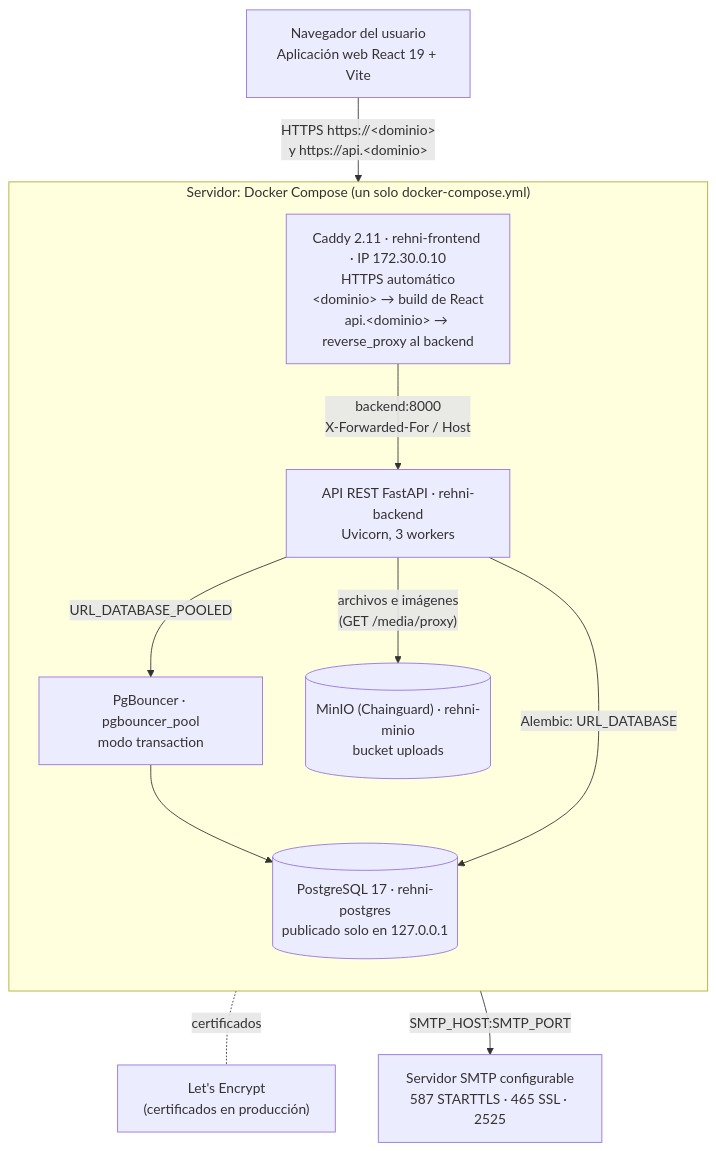
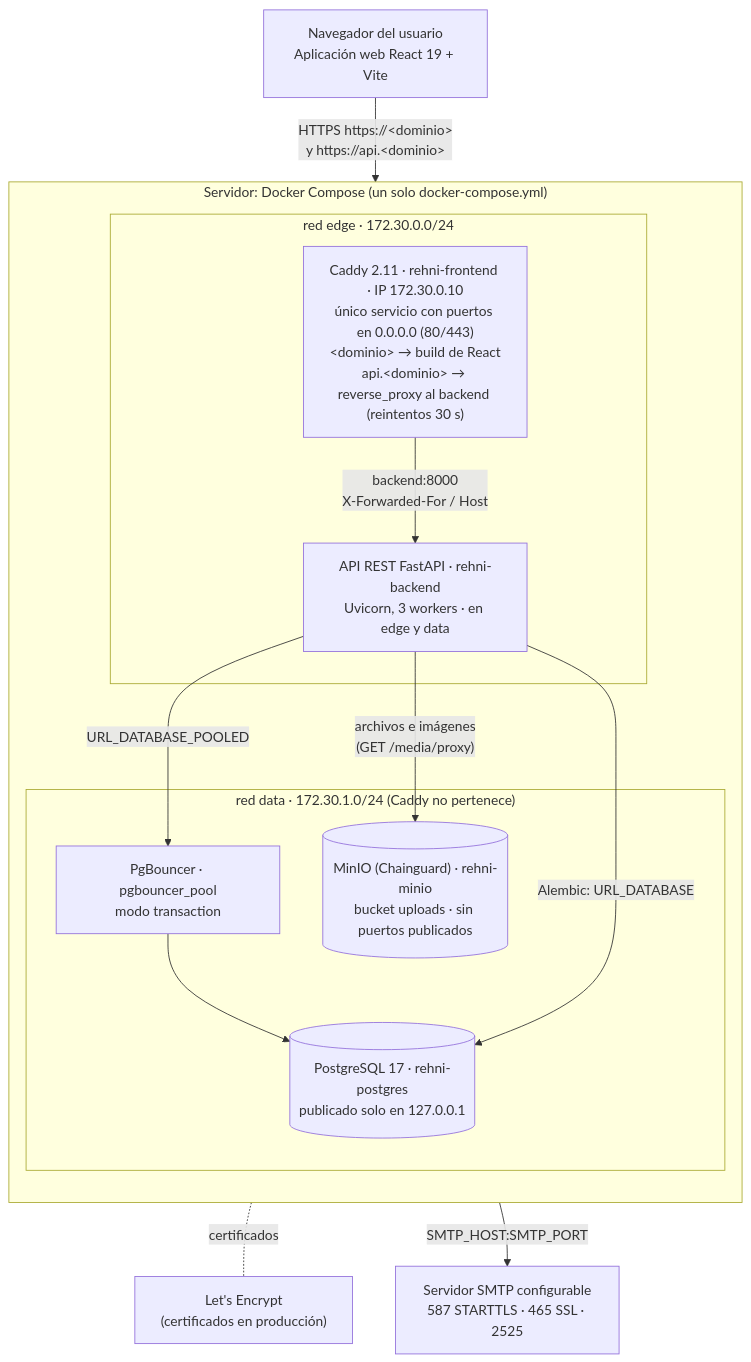
One commit to RehnieyAl/Rehni-Market changed the diagram in docs/Manuales/diagramas/arquitectura.mmd. Above: the diagram before and after it, drawn with Mermaid. The commit also changed 5 other files, not shown here.

```diff
--- a/docs/Manuales/diagramas/arquitectura.mmd
+++ b/docs/Manuales/diagramas/arquitectura.mmd
@@ -1,20 +1,24 @@
 flowchart TB
   W["Navegador del usuario<br/>Aplicación web React 19 + Vite"]
   subgraph Servidor["Servidor: Docker Compose (un solo docker-compose.yml)"]
     direction TB
-    C["Caddy 2.11 · rehni-frontend · IP 172.30.0.10<br/>HTTPS automático<br/>&lt;dominio&gt; → build de React<br/>api.&lt;dominio&gt; → reverse_proxy al backend"]
-    B["API REST FastAPI · rehni-backend<br/>Uvicorn, 3 workers"]
-    G["PgBouncer · pgbouncer_pool<br/>modo transaction"]
-    P[("PostgreSQL 17 · rehni-postgres<br/>publicado solo en 127.0.0.1")]
-    O[("MinIO (Chainguard) · rehni-minio<br/>bucket uploads")]
+    subgraph Edge["red edge · 172.30.0.0/24"]
+      C["Caddy 2.11 · rehni-frontend · IP 172.30.0.10<br/>único servicio con puertos en 0.0.0.0 (80/443)<br/>&lt;dominio&gt; → build de React<br/>api.&lt;dominio&gt; → reverse_proxy al backend (reintentos 30 s)"]
+      B["API REST FastAPI · rehni-backend<br/>Uvicorn, 3 workers · en edge y data"]
+    end
+    subgraph Data["red data · 172.30.1.0/24 (Caddy no pertenece)"]
+      G["PgBouncer · pgbouncer_pool<br/>modo transaction"]
+      P[("PostgreSQL 17 · rehni-postgres<br/>publicado solo en 127.0.0.1")]
+      O[("MinIO (Chainguard) · rehni-minio<br/>bucket uploads · sin puertos publicados")]
+    end
   end
   LE["Let's Encrypt<br/>(certificados en producción)"]
   Mail["Servidor SMTP configurable<br/>587 STARTTLS · 465 SSL · 2525"]
   W -->|"HTTPS https://&lt;dominio&gt;<br/>y https://api.&lt;dominio&gt;"| C
   C -. "certificados" .- LE
   C -->|"backend:8000<br/>X-Forwarded-For / Host"| B
   B -->|"URL_DATABASE_POOLED"| G
   G --> P
   B -->|"Alembic: URL_DATABASE"| P
   B -->|"archivos e imágenes<br/>(GET /media/proxy)"| O
   B -->|"SMTP_HOST:SMTP_PORT"| Mail
```
